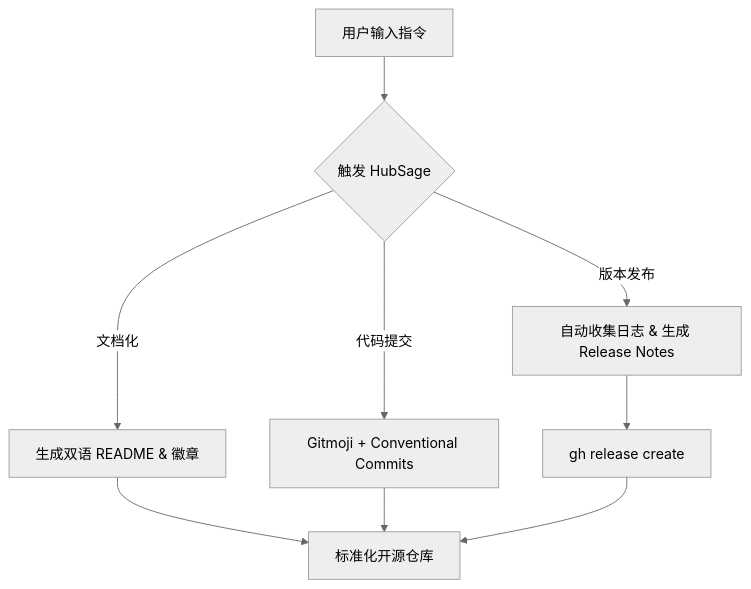
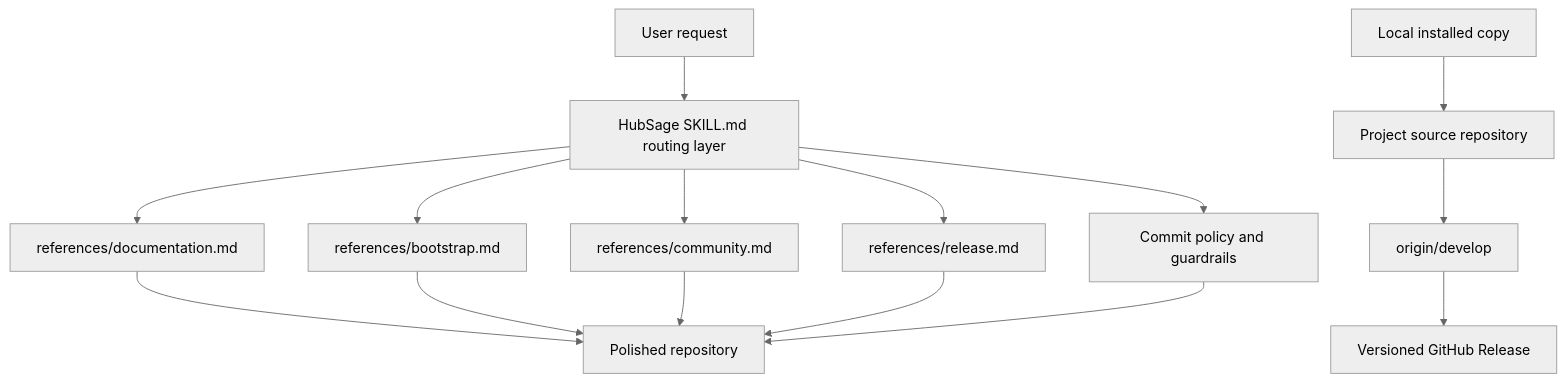
One commit to Liii8888/HubSage changed the diagram in README.md. Above: the diagram before and after it, drawn with Mermaid (neutral theme). The commit also changed other lines of this file and 8 other files, not shown here.

Commit message:
✨ feat(skill): add evolution cadence and references

````diff
--- a/README.md
+++ b/README.md
@@ -17,11 +27,17 @@
 ```mermaid
 graph TD
-    A[用户输入指令] --> B{触发 HubSage}
-    B -->|文档化| C[生成双语 README & 徽章]
-    B -->|代码提交| D[Gitmoji + Conventional Commits]
-    B -->|版本发布| E[自动收集日志 & 生成 Release Notes]
-    E --> F[gh release create]
-    C --> G[标准化开源仓库]
-    D --> G
-    F --> G
+    A[User request] --> B[HubSage SKILL.md routing layer]
+    B --> C[references/documentation.md]
+    B --> D[references/bootstrap.md]
+    B --> E[references/community.md]
+    B --> F[references/release.md]
+    B --> G[Commit policy and guardrails]
+    C --> H[Polished repository]
+    D --> H
+    E --> H
+    F --> H
+    G --> H
+    I[Local installed copy] --> J[Project source repository]
+    J --> K[origin/develop]
+    K --> L[Versioned GitHub Release]
 ```
````
